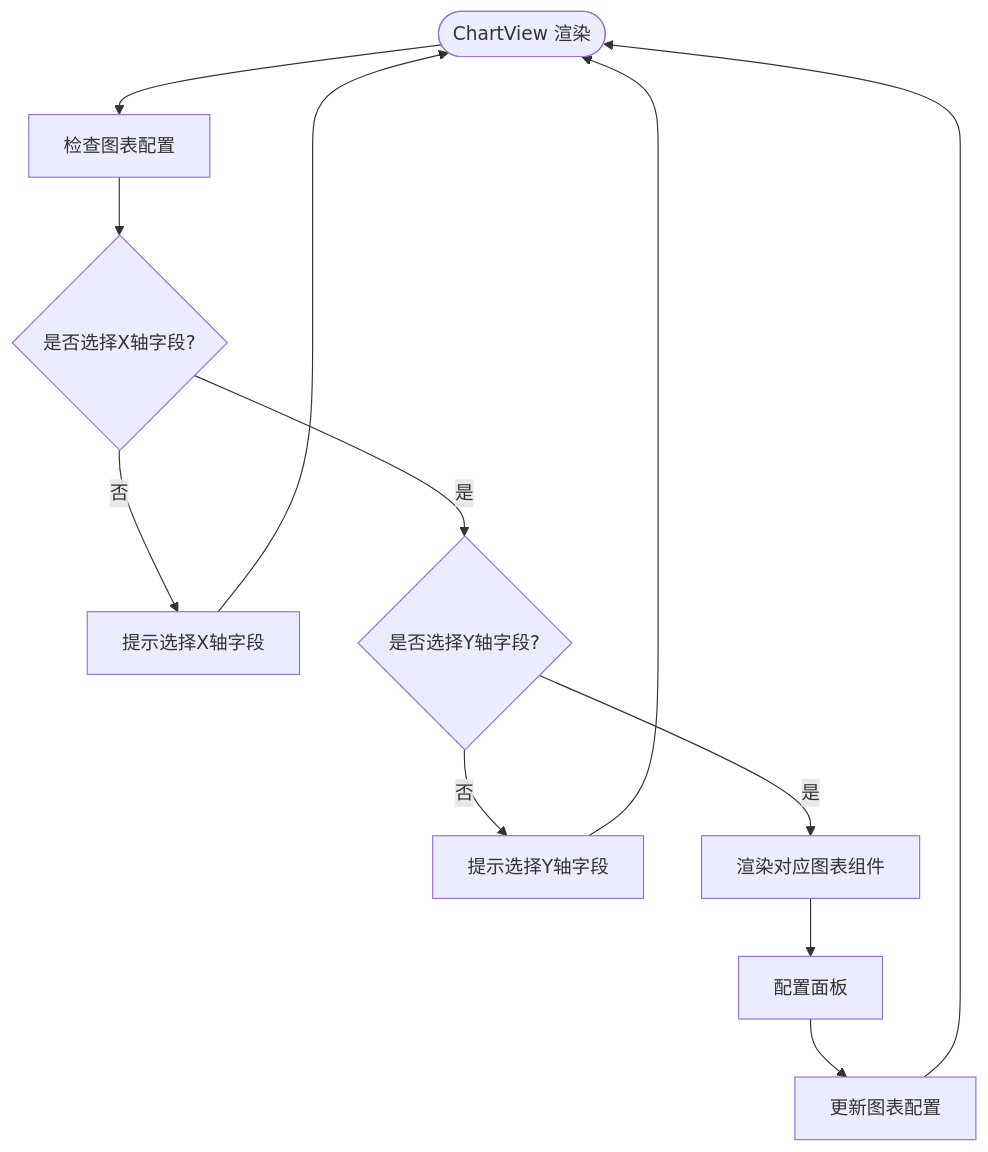
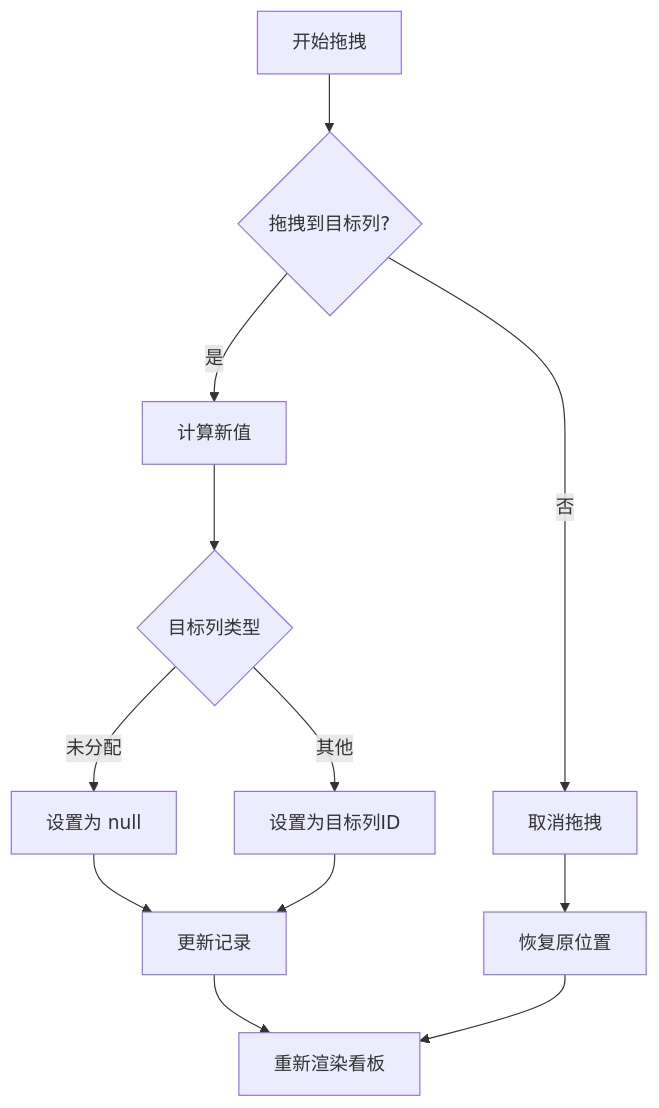
Before and after one commit to LRF0422/Kotion: the sixth of 12 diagrams in .qoder/repowiki/zh/content/Plugin Bitable.md, drawn with Mermaid. The commit also changed other lines of this file and 23 other files, not shown here.

````diff
--- a/.qoder/repowiki/zh/content/Plugin Bitable.md
+++ b/.qoder/repowiki/zh/content/Plugin Bitable.md
@@ -424,14 +293,14 @@
 ```mermaid
 flowchart TD
-ChartStart(["ChartView 渲染"]) --> CheckConfig["检查图表配置"]
-CheckConfig --> HasXAxis{"是否选择X轴字段?"}
-HasXAxis --> |否| PromptConfig["提示选择X轴字段"]
-HasXAxis --> |是| CheckYAxis{"是否选择Y轴字段?"}
-CheckYAxis --> |否| PromptYAxis["提示选择Y轴字段"]
-CheckYAxis --> |是| RenderChart["渲染对应图表组件"]
-PromptConfig --> ChartStart
-PromptYAxis --> ChartStart
-RenderChart --> ConfigPanel["配置面板"]
-ConfigPanel --> UpdateConfig["更新图表配置"]
-UpdateConfig --> ChartStart
+A[开始拖拽] --> B{拖拽到目标列?}
+B --> |是| C[计算新值]
+B --> |否| D[取消拖拽]
+C --> E{目标列类型}
+E --> |未分配| F[设置为 null]
+E --> |其他| G[设置为目标列ID]
+F --> H[更新记录]
+G --> H
+H --> I[重新渲染看板]
+D --> J[恢复原位置]
+J --> I
 ```
````
